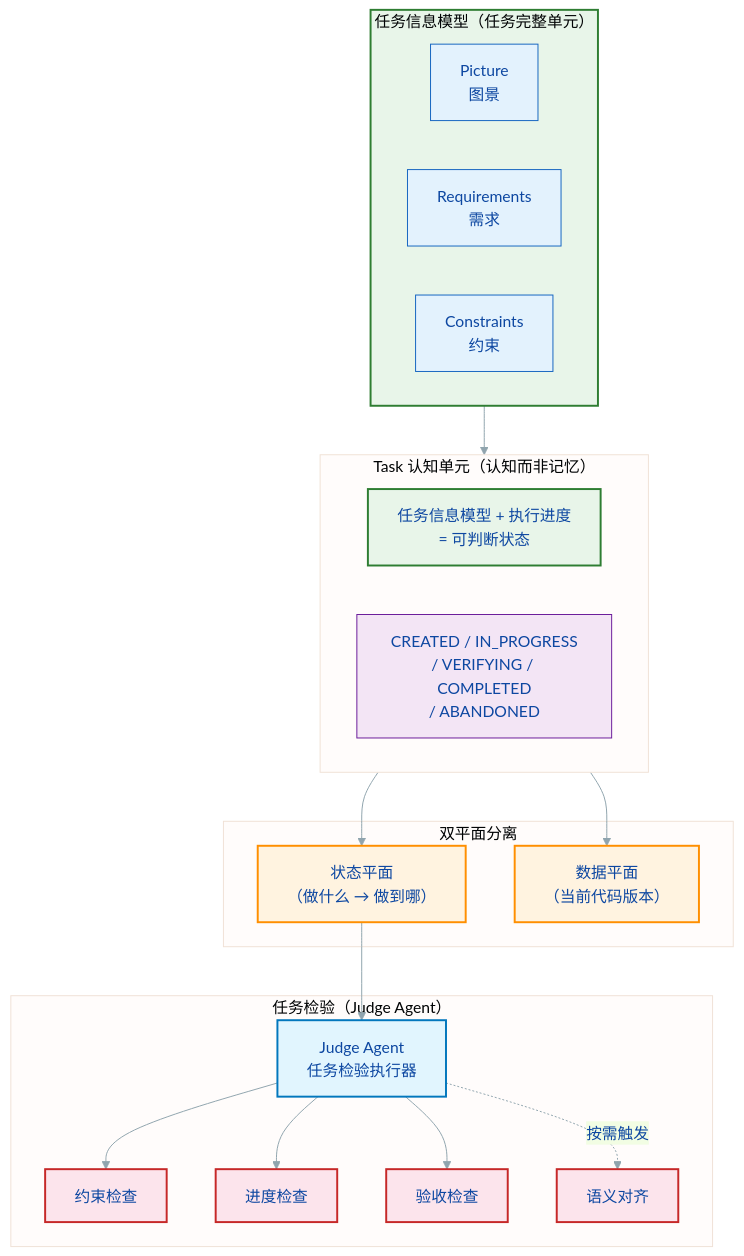
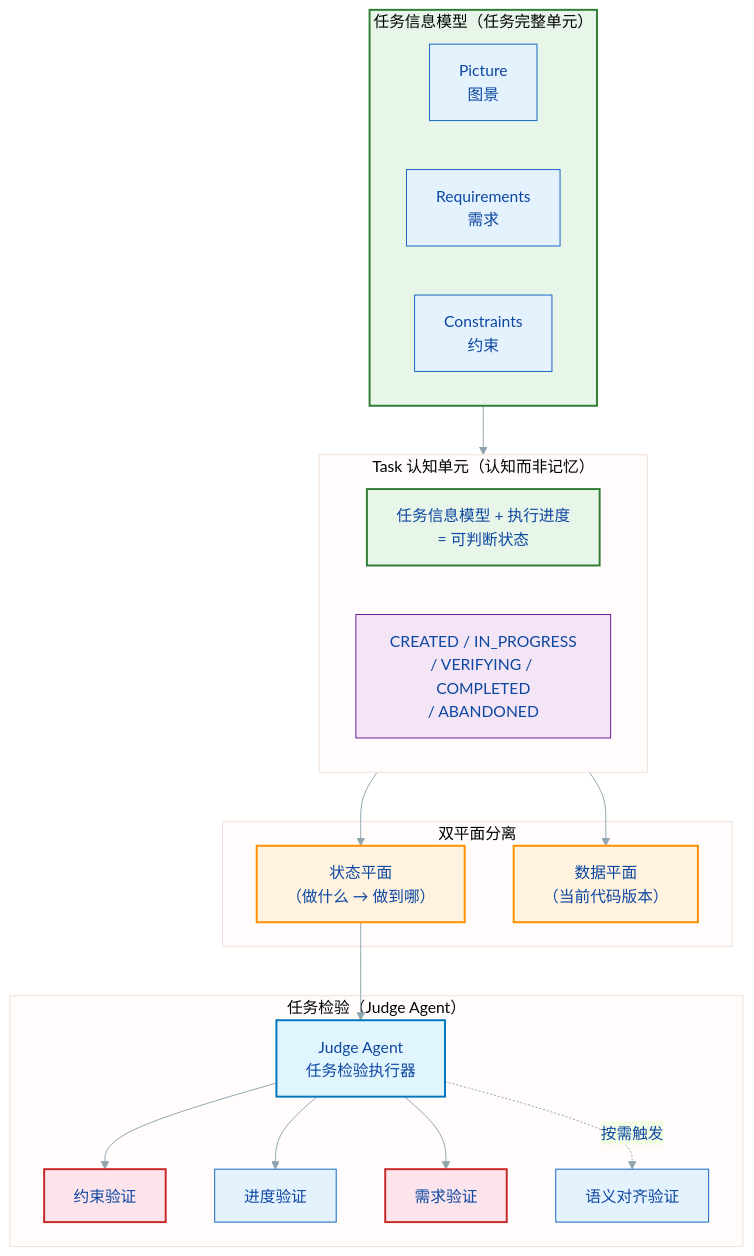
The first of 8 diagrams in docs/SPEC.md (Lazyn0tBug/mem0ress), drawn with Mermaid before and after one commit. The commit also changed other lines of this file and 1 other file, not shown here.

Commit message:
spec: rename tiers — 约束验证/进度验证/需求验证/语义对齐验证; Tier numbers kept in internal sections

````diff
--- a/docs/SPEC.md
+++ b/docs/SPEC.md
@@ -55,49 +55,49 @@
 ```mermaid
 %% label：核心解法总览
 %%{ init: { 'theme': 'base', 'themeVariables': { 'primaryColor': '#e3f2fd', 'primaryTextColor': '#0d47a1', 'primaryBorderColor': '#1565c0', 'lineColor': '#90a4ae', 'fontFamily': 'arial' } } }%%
 graph TB
     subgraph PRC["任务信息模型（任务完整单元）"]
         PIC["Picture\n图景"]
         REQ["Requirements\n需求"]
         CST["Constraints\n约束"]
     end
 
     subgraph TASK["Task 认知单元（认知而非记忆）"]
         TR["任务信息模型 + 执行进度\n= 可判断状态"]
         ST["CREATED / IN_PROGRESS\n/ VERIFYING / COMPLETED\n/ ABANDONED"]
     end
 
     subgraph DUAL["双平面分离"]
         SP["状态平面\n（做什么 → 做到哪）"]
         DP["数据平面\n（当前代码版本）"]
     end
 
     subgraph TIERS["任务检验（Judge Agent）"]
         J["Judge Agent\n任务检验执行器"]
-        C["约束检查"]
-        T["进度检查"]
-        R["验收检查"]
-        S["语义对齐"]
+        C["约束验证"]
+        T1["进度验证"]
+        R["需求验证"]
+        T3["语义对齐验证"]
     end
 
     PRC --> TASK
     TASK --> SP
     TASK --> DP
     SP --> J
     J --> C
-    J --> T
+    J --> T1
     J --> R
-    J -.->|按需触发| S
+    J -.->|按需触发| T3
 
     classDef prc fill:#e8f5e9,stroke:#2e7d32,stroke-width:2px;
     classDef task fill:#e3f2fd,stroke:#1565c0,stroke-width:2px;
     classDef plane fill:#fff3e0,stroke:#ff8f00,stroke-width:2px;
     classDef tier fill:#fce4ec,stroke:#c62828,stroke-width:2px;
     classDef judge fill:#e1f5fe,stroke:#0277bd,stroke-width:2px;
     classDef state fill:#f3e5f5,stroke:#6a1b9a,stroke-width:1px;
     class PRC,task,TR,ST prc;
     class SP,DP plane;
     class C,T,R,S tier;
     class J judge;
     class ST state;
 ```
````
